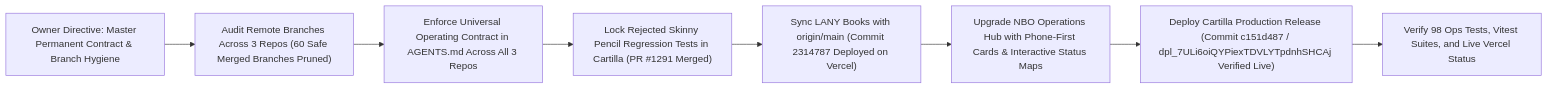
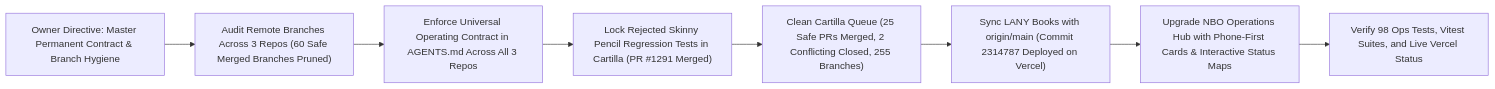
The second of 2 diagrams in docs/OWNER-VISUAL-STATUS.md (ejnburrows-rgb/Command-Center-), drawn with Mermaid before and after one commit. The commit also changed other lines of this file, not shown here.

Commit message:
docs: update OWNER-VISUAL-STATUS with Cartilla 25 PR queue cleanup and branch metrics

````diff
--- a/docs/OWNER-VISUAL-STATUS.md
+++ b/docs/OWNER-VISUAL-STATUS.md
@@ -33,11 +33,11 @@
 ```mermaid
 flowchart LR
     REQ["Owner Directive: Master Permanent Contract & Branch Hygiene"] 
     --> AUDIT["Audit Remote Branches Across 3 Repos (60 Safe Merged Branches Pruned)"]
     --> RULES["Enforce Universal Operating Contract in AGENTS.md Across All 3 Repos"]
     --> LOCKS["Lock Rejected Skinny Pencil Regression Tests in Cartilla (PR #1291 Merged)"]
+    --> QUEUE["Clean Cartilla Queue (25 Safe PRs Merged, 2 Conflicting Closed, 255 Branches)"]
     --> SYNC["Sync LANY Books with origin/main (Commit 2314787 Deployed on Vercel)"]
     --> UPGRADE["Upgrade NBO Operations Hub with Phone-First Cards & Interactive Status Maps"]
-    --> DEPLOY["Deploy Cartilla Production Release (Commit c151d487 / dpl_7ULi6oiQYPiexTDVLYTpdnhSHCAj Verified Live)"]
     --> VERIFY["Verify 98 Ops Tests, Vitest Suites, and Live Vercel Status"]
 ```
````
